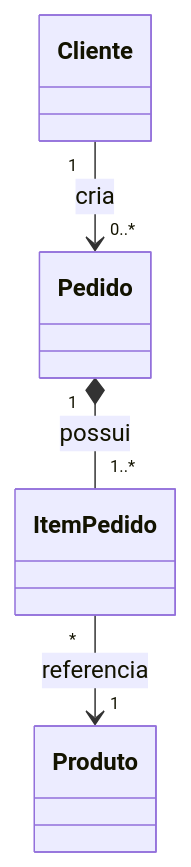
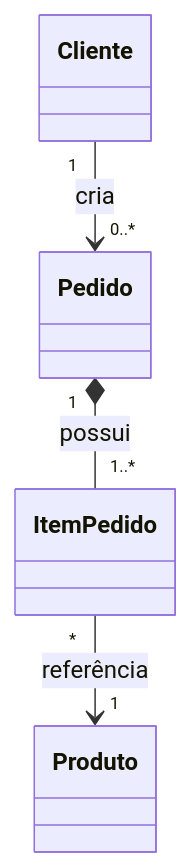
One commit to rafaelrezo/curso-poo changed diagram 12 of 15 in docs/modelagem_analise_codigo/index.md. Above: the diagram before and after it, drawn with Mermaid. The commit also changed other lines of this file and 29 other files, not shown here.

````diff
--- a/docs/modelagem_analise_codigo/index.md
+++ b/docs/modelagem_analise_codigo/index.md
@@ -436,11 +436,11 @@
 ``` mermaid
 classDiagram
     class Cliente
     class Pedido
     class ItemPedido
     class Produto
 
     Cliente "1" --> "0..*" Pedido : cria
     Pedido "1" *-- "1..*" ItemPedido : possui
-    ItemPedido "*" --> "1" Produto : referencia
+    ItemPedido "*" --> "1" Produto : referência
 ```
````
